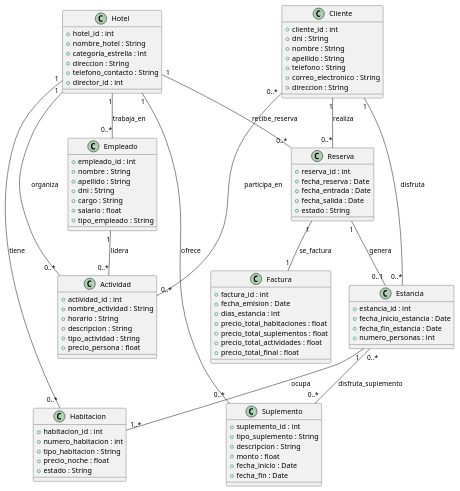
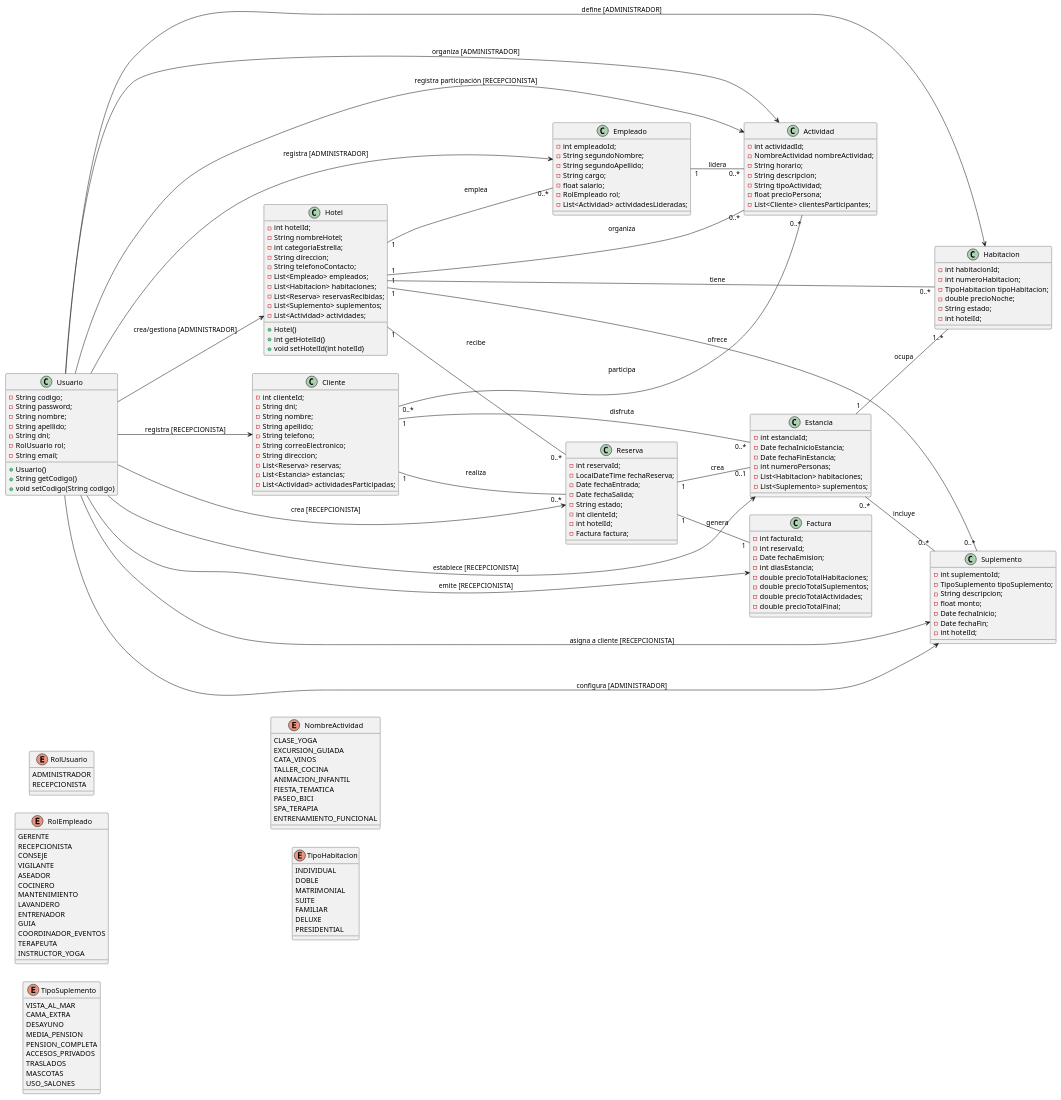
The diagram in src/Ejercicio32_Hoteles/DiagramaDeClases.puml (JTobon16/JTobon16-Actividad_1_Desarrollo_de_Software), drawn with PlantUML before and after one commit. The commit also changed 25 other files, not shown here.

```diff
--- a/src/Ejercicio32_Hoteles/DiagramaDeClases.puml
+++ b/src/Ejercicio32_Hoteles/DiagramaDeClases.puml
@@ -1,99 +1,204 @@
 @startuml
+left to right direction
 
-' Clases
+'--------------- CLASES CONCEPTUALES ---------------
+class Usuario {
+  - String codigo;
+  - String password;
+  - String nombre;
+  - String apellido;
+  - String dni;
+  - RolUsuario rol;
+  - String email;
+  + Usuario()
+  + String getCodigo()
+  + void setCodigo(String codigo)
+}
+
 class Hotel {
-  +hotel_id : int
-  +nombre_hotel : String
-  +categoria_estrella : int
-  +direccion : String
-  +telefono_contacto : String
-  +director_id : int
+  - int hotelId;
+  - String nombreHotel;
+  - int categoriaEstrella;
+  - String direccion;
+  - String telefonoContacto;
+  - List<Empleado> empleados;
+  - List<Habitacion> habitaciones;
+  - List<Reserva> reservasRecibidas;
+  - List<Suplemento> suplementos;
+  - List<Actividad> actividades;
+  + Hotel()
+  + int getHotelId()
+  + void setHotelId(int hotelId)
 }
 
 class Empleado {
-  +empleado_id : int
-  +nombre : String
-  +apellido : String
-  +dni : String
-  +cargo : String
-  +salario : float
-  +tipo_empleado : String
+  - int empleadoId;
+  - String segundoNombre;
+  - String segundoApellido;
+  - String cargo;
+  - float salario;
+  - RolEmpleado rol;
+  - List<Actividad> actividadesLideradas;
 }
 
 class Habitacion {
-  +habitacion_id : int
-  +numero_habitacion : int
-  +tipo_habitacion : String
-  +precio_noche : float
-  +estado : String
+  - int habitacionId;
+  - int numeroHabitacion;
+  - TipoHabitacion tipoHabitacion;
+  - double precioNoche;
+  - String estado;
+  - int hotelId;
 }
 
 class Cliente {
-  +cliente_id : int
-  +dni : String
-  +nombre : String
-  +apellido : String
-  +telefono : String
-  +correo_electronico : String
-  +direccion : String
+  - int clienteId;
+  - String dni;
+  - String nombre;
+  - String apellido;
+  - String telefono;
+  - String correoElectronico;
+  - String direccion;
+  - List<Reserva> reservas;
+  - List<Estancia> estancias;
+  - List<Actividad> actividadesParticipadas;
 }
 
 class Reserva {
-  +reserva_id : int
-  +fecha_reserva : Date
-  +fecha_entrada : Date
-  +fecha_salida : Date
-  +estado : String
+  - int reservaId;
+  - LocalDateTime fechaReserva;
+  - Date fechaEntrada;
+  - Date fechaSalida;
+  - String estado;
+  - int clienteId;
+  - int hotelId;
+  - Factura factura;
 }
 
 class Estancia {
-  +estancia_id : int
-  +fecha_inicio_estancia : Date
-  +fecha_fin_estancia : Date
-  +numero_personas : int
+  - int estanciaId;
+  - Date fechaInicioEstancia;
+  - Date fechaFinEstancia;
+  - int numeroPersonas;
+  - List<Habitacion> habitaciones;
+  - List<Suplemento> suplementos;
 }
 
 class Suplemento {
-  +suplemento_id : int
-  +tipo_suplemento : String
-  +descripcion : String
-  +monto : float
-  +fecha_inicio : Date
-  +fecha_fin : Date
+  - int suplementoId;
+  - TipoSuplemento tipoSuplemento;
+  - String descripcion;
+  - float monto;
+  - Date fechaInicio;
+  - Date fechaFin;
+  - int hotelId;
 }
 
 class Actividad {
-  +actividad_id : int
-  +nombre_actividad : String
-  +horario : String
-  +descripcion : String
-  +tipo_actividad : String
-  +precio_persona : float
+  - int actividadId;
+  - NombreActividad nombreActividad;
+  - String horario;
+  - String descripcion;
+  - String tipoActividad;
+  - float precioPersona;
+  - List<Cliente> clientesParticipantes;
 }
 
 class Factura {
-  +factura_id : int
-  +fecha_emision : Date
-  +dias_estancia : int
-  +precio_total_habitaciones : float
-  +precio_total_suplementos : float
-  +precio_total_actividades : float
-  +precio_total_final : float
+  - int facturaId;
+  - int reservaId;
+  - Date fechaEmision;
+  - int diasEstancia;
+  - double precioTotalHabitaciones;
+  - double precioTotalSuplementos;
+  - double precioTotalActividades;
+  - double precioTotalFinal;
 }
 
-' Relaciones
-Hotel "1" -- "0..*" Empleado : trabaja_en
+'--------------- ROLES Y OPERACIONES ---------------
+Usuario --> Hotel : crea/gestiona [ADMINISTRADOR]
+Usuario --> Habitacion : define [ADMINISTRADOR]
+Usuario --> Empleado : registra [ADMINISTRADOR]
+Usuario --> Suplemento : configura [ADMINISTRADOR]
+Usuario --> Actividad : organiza [ADMINISTRADOR]
+
+Usuario --> Cliente : registra [RECEPCIONISTA]
+Usuario --> Reserva : crea [RECEPCIONISTA]
+Usuario --> Estancia : establece [RECEPCIONISTA]
+Usuario --> Factura : emite [RECEPCIONISTA]
+Usuario --> Suplemento : asigna a cliente [RECEPCIONISTA]
+Usuario --> Actividad : registra participación [RECEPCIONISTA]
+
+'--------------- RELACIONES ENTRE CLASES ---------------
 Hotel "1" -- "0..*" Habitacion : tiene
+Hotel "1" -- "0..*" Empleado : emplea
+Hotel "1" -- "0..*" Reserva : recibe
+Hotel "1" -- "0..*" Suplemento : ofrece
+Hotel "1" -- "0..*" Actividad : organiza
+
+Empleado "1" -- "0..*" Actividad : lidera
+
+Reserva "1" -- "1" Factura : genera
+Reserva "1" -- "0..1" Estancia : crea
 Cliente "1" -- "0..*" Reserva : realiza
-Hotel "1" -- "0..*" Reserva : recibe_reserva
-Reserva "1" -- "0..1" Estancia : genera
 Cliente "1" -- "0..*" Estancia : disfruta
+Cliente "0..*" -- "0..*" Actividad : participa
+
 Estancia "1" -- "1..*" Habitacion : ocupa
-Hotel "1" -- "0..*" Suplemento : ofrece
-Estancia "0..*" -- "0..*" Suplemento : disfruta_suplemento
-Hotel "1" -- "0..*" Actividad : organiza
-Empleado "1" -- "0..*" Actividad : lidera
-Cliente "0..*" -- "0..*" Actividad : participa_en
-Reserva "1" -- "1" Factura : se_factura
+Estancia "0..*" -- "0..*" Suplemento : incluye
 
+'--------------- ENUMERACIONES ---------------
+enum RolUsuario {
+    ADMINISTRADOR
+    RECEPCIONISTA
+}
+
+enum RolEmpleado {
+    GERENTE
+    RECEPCIONISTA
+    CONSEJE
+    VIGILANTE
+    ASEADOR
+    COCINERO
+    MANTENIMIENTO
+    LAVANDERO
+    ENTRENADOR
+    GUIA
+    COORDINADOR_EVENTOS
+    TERAPEUTA
+    INSTRUCTOR_YOGA
+}
+
+enum TipoSuplemento {
+    VISTA_AL_MAR
+    CAMA_EXTRA
+    DESAYUNO
+    MEDIA_PENSION
+    PENSION_COMPLETA
+    ACCESOS_PRIVADOS
+    TRASLADOS
+    MASCOTAS
+    USO_SALONES
+}
+
+enum NombreActividad {
+    CLASE_YOGA
+    EXCURSION_GUIADA
+    CATA_VINOS
+    TALLER_COCINA
+    ANIMACION_INFANTIL
+    FIESTA_TEMATICA
+    PASEO_BICI
+    SPA_TERAPIA
+    ENTRENAMIENTO_FUNCIONAL
+}
+
+enum TipoHabitacion {
+    INDIVIDUAL
+    DOBLE
+    MATRIMONIAL
+    SUITE
+    FAMILIAR
+    DELUXE
+    PRESIDENTIAL
+}
 @enduml
```
